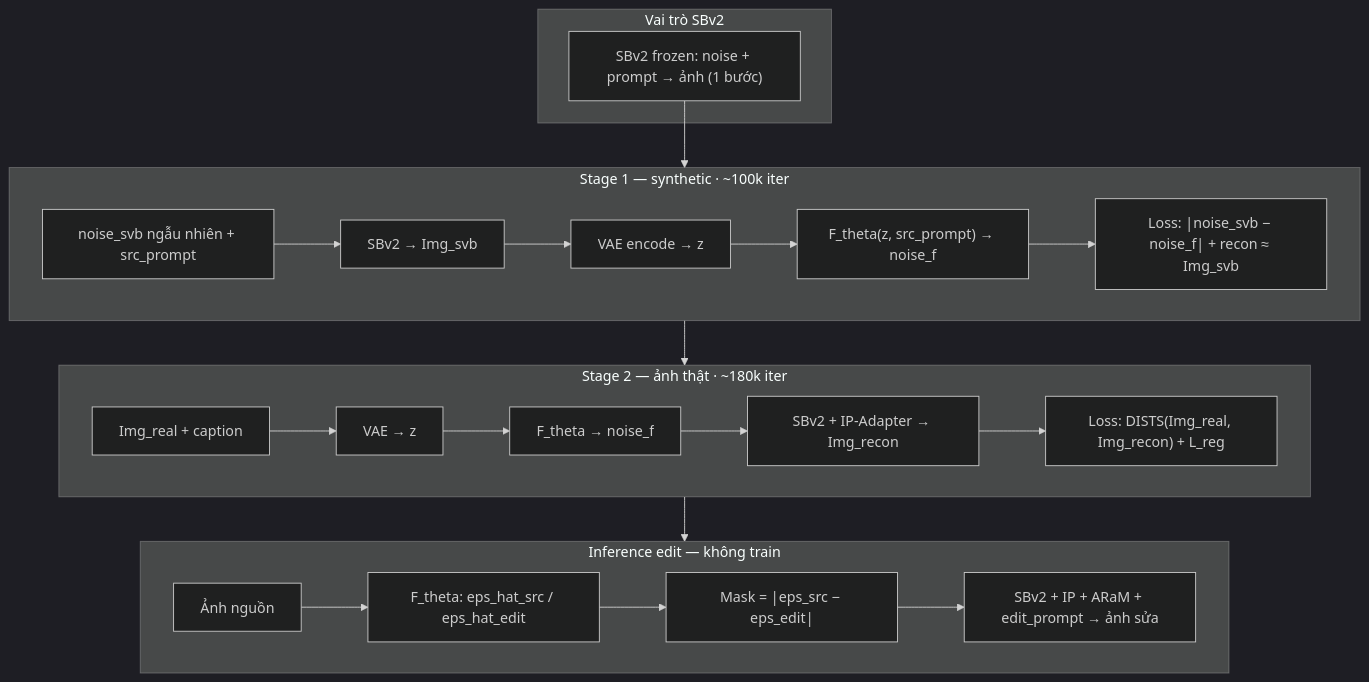
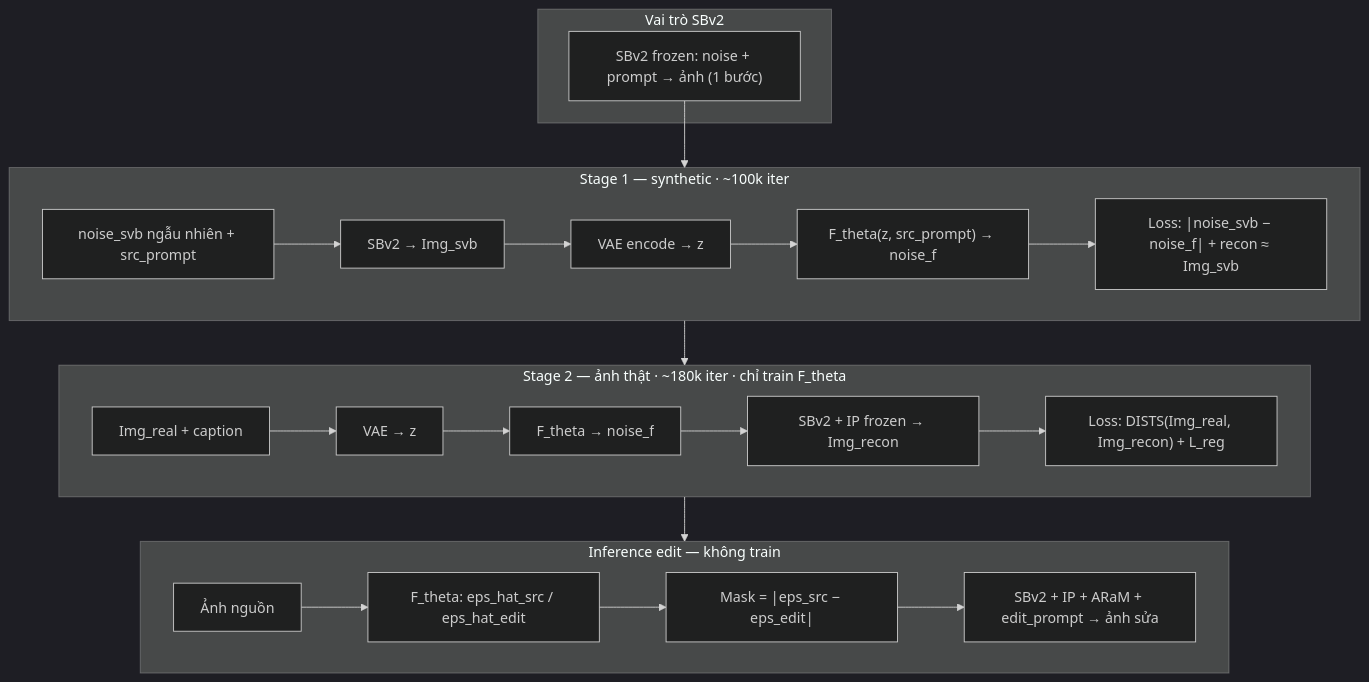
One commit to NguyenKz/CS2309.CH201 changed the second of 6 diagrams in report/SLIDE_SwiftEdit.md. Above: the diagram before and after it, drawn with Mermaid (dark theme). The commit also changed other lines of this file and 24 other files, not shown here.

````diff
--- a/report/SLIDE_SwiftEdit.md
+++ b/report/SLIDE_SwiftEdit.md
@@ -104,26 +105,26 @@
 ```mermaid
 flowchart TB
     subgraph why [Vai trò SBv2]
         SBv2["SBv2 frozen: noise + prompt → ảnh (1 bước)"]
     end
     subgraph s1 [Stage 1 — synthetic · ~100k iter]
         N1["noise_svb ngẫu nhiên + src_prompt"] --> Gen1["SBv2 → Img_svb"]
         Gen1 --> Enc1["VAE encode → z"]
         Enc1 --> F1["F_theta(z, src_prompt) → noise_f"]
         F1 --> L1["Loss: |noise_svb − noise_f| + recon ≈ Img_svb"]
     end
-    subgraph s2 [Stage 2 — ảnh thật · ~180k iter]
+    subgraph s2 [Stage 2 — ảnh thật · ~180k iter · chỉ train F_theta]
         Real["Img_real + caption"] --> Enc2["VAE → z"]
         Enc2 --> F2["F_theta → noise_f"]
-        F2 --> Rec2["SBv2 + IP-Adapter → Img_recon"]
+        F2 --> Rec2["SBv2 + IP frozen → Img_recon"]
         Rec2 --> L2["Loss: DISTS(Img_real, Img_recon) + L_reg"]
     end
     subgraph infer [Inference edit — không train]
         Src["Ảnh nguồn"] --> Inv["F_theta: eps_hat_src / eps_hat_edit"]
         Inv --> Mask["Mask = |eps_src − eps_edit|"]
         Mask --> Edit["SBv2 + IP + ARaM + edit_prompt → ảnh sửa"]
     end
     SBv2 --> s1
     s1 --> s2
     s2 --> infer
 ```
````
